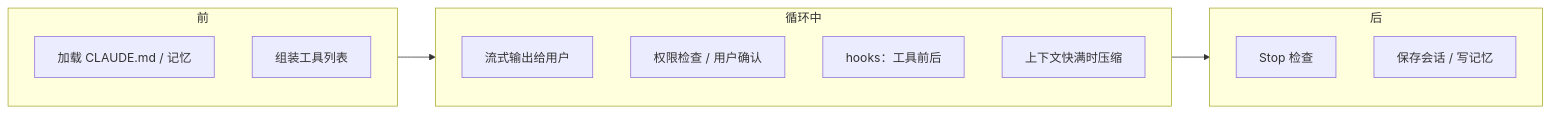
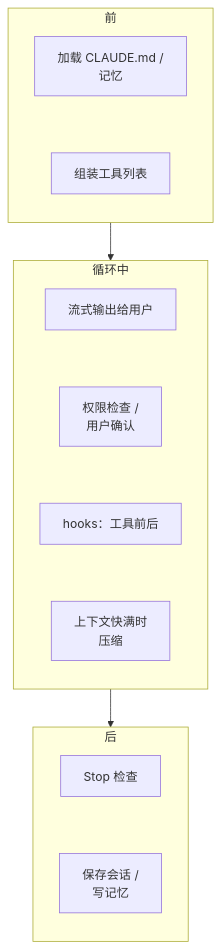
One commit to jarvis-pro/hatch-shelf changed the second of 2 diagrams in books/agent-principles/02-agent-loop.md. Above: the diagram before and after it, drawn with Mermaid. The commit also changed other lines of this file and 432 other files, not shown here.

````diff
--- a/books/agent-principles/02-agent-loop.md
+++ b/books/agent-principles/02-agent-loop.md
@@ -161,18 +161,16 @@
 ```mermaid
-flowchart LR
+flowchart TD
   subgraph 前
-    A1["加载 CLAUDE.md / 记忆"]
-    A2["组装工具列表"]
+    direction TB
+    A1["加载 CLAUDE.md /<br/>记忆"] ~~~ A2["组装工具列表"]
   end
   subgraph 循环中
-    B1["流式输出给用户"]
-    B2["权限检查 / 用户确认"]
-    B3["hooks：工具前后"]
-    B4["上下文快满时压缩"]
+    direction TB
+    B1["流式输出给用户"] ~~~ B2["权限检查 /<br/>用户确认"] ~~~ B3["hooks：工具前后"] ~~~ B4["上下文快满时<br/>压缩"]
   end
   subgraph 后
-    C1["Stop 检查"]
-    C2["保存会话 / 写记忆"]
+    direction TB
+    C1["Stop 检查"] ~~~ C2["保存会话 /<br/>写记忆"]
   end
   前 --> 循环中 --> 后
 ```
````
